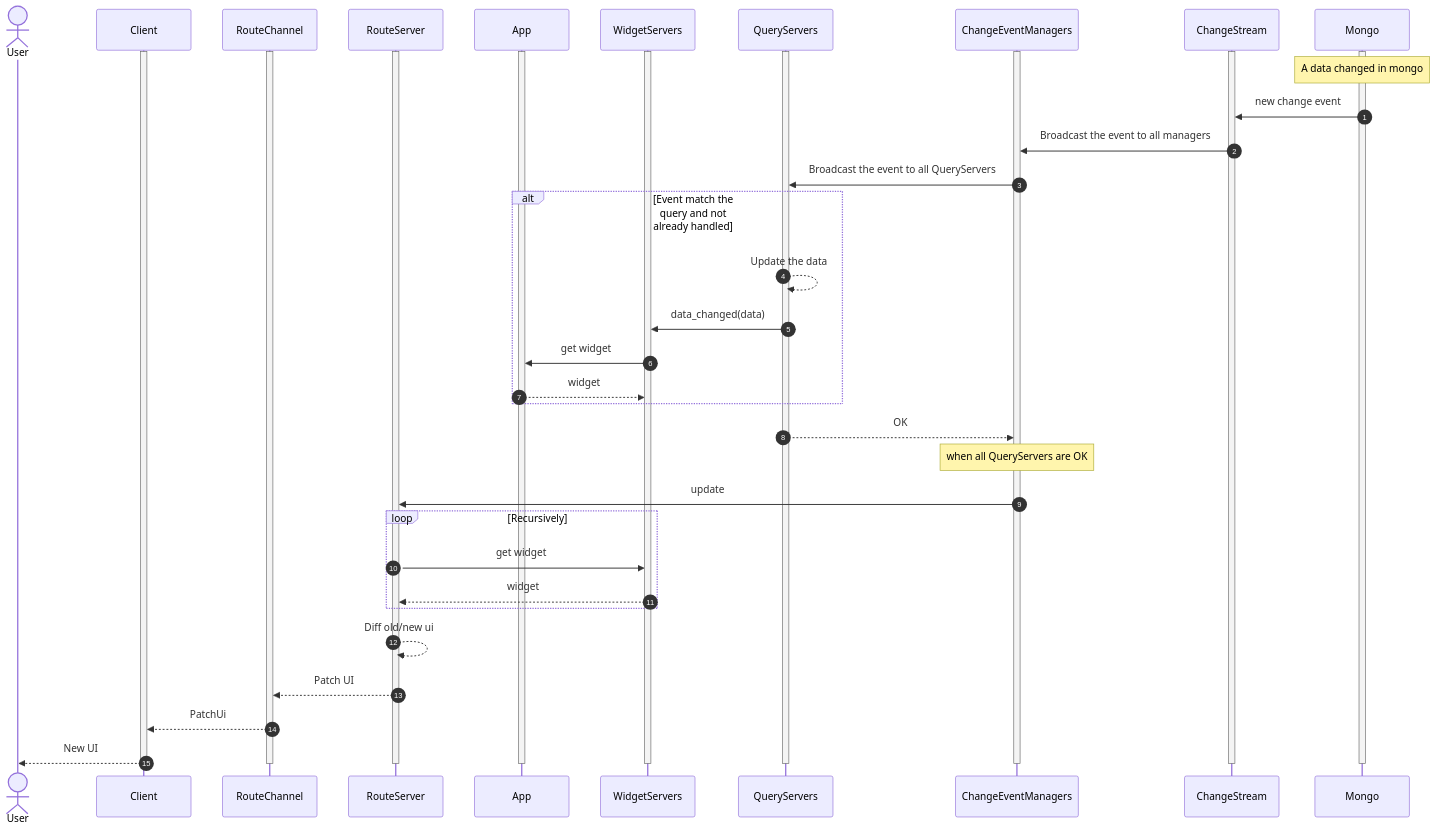
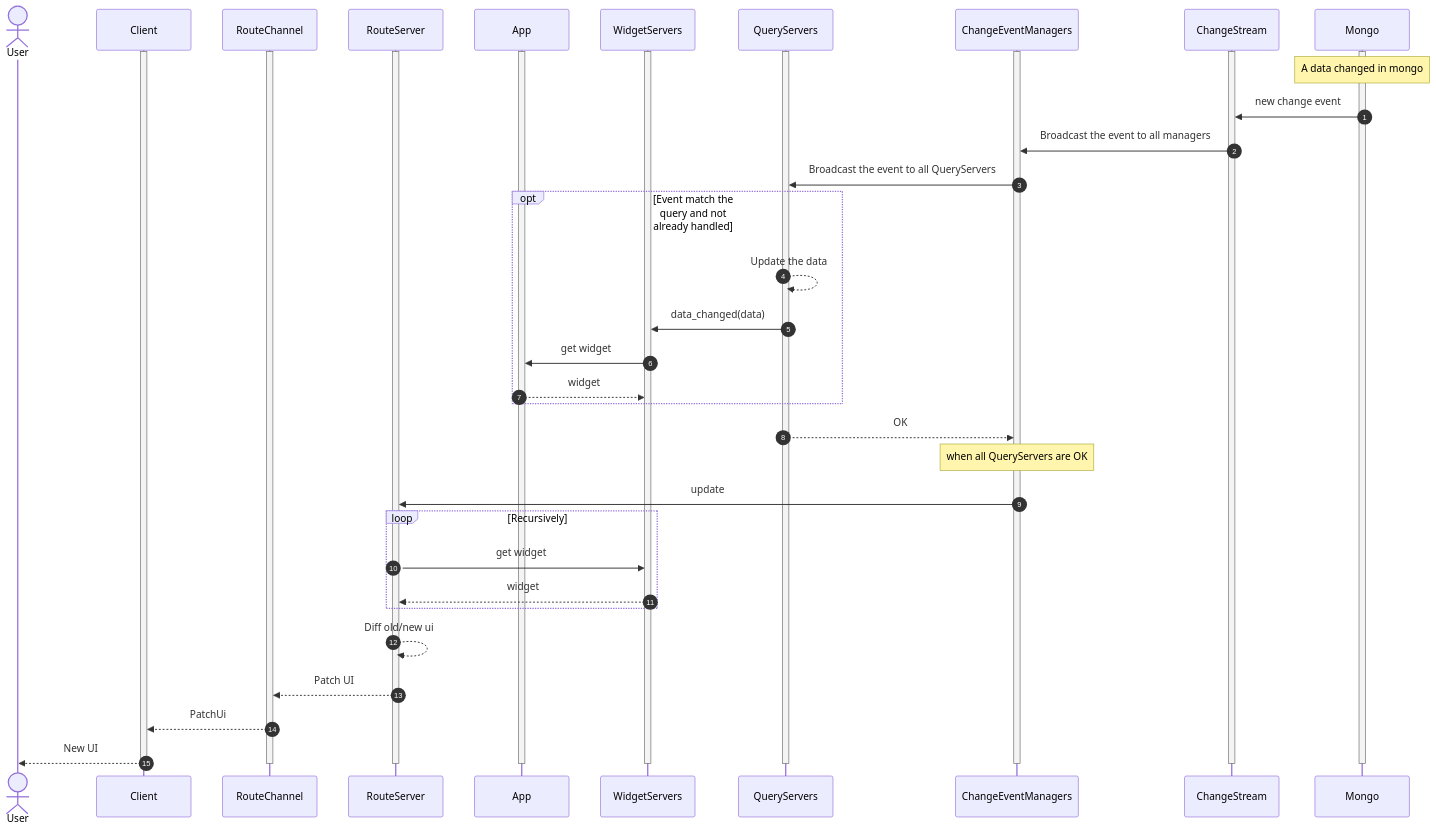
Before and after one commit to lenra-io/application-runner: the fourth of 4 diagrams in docs/AppRunnerExplained.md, drawn with Mermaid. The commit also changed other lines of this file, not shown here.

````diff
--- a/docs/AppRunnerExplained.md
+++ b/docs/AppRunnerExplained.md
@@ -162,56 +175,56 @@
 ```mermaid
 sequenceDiagram
     autonumber
     actor User
     participant Client
     participant RouteChannel
     participant RouteServer
     participant App
     participant WidgetServers
     participant QueryServers
     participant ChangeEventManagers
     participant ChangeStream
     participant Mongo
 
     activate Client
     activate Mongo
     activate ChangeStream
     activate ChangeEventManagers
     activate QueryServers
     activate WidgetServers
     activate RouteServer
     activate RouteChannel
     activate App
 
     Note over Mongo: A data changed in mongo
     Mongo->>ChangeStream: new change event
     ChangeStream->>ChangeEventManagers: Broadcast the event to all managers
     ChangeEventManagers->>QueryServers: Broadcast the event to all QueryServers
-    alt Event match the query and not already handled
+    opt Event match the query and not already handled
         QueryServers-->>QueryServers: Update the data
         QueryServers->>WidgetServers: data_changed(data)
         WidgetServers->>App: get widget
         App-->>WidgetServers: widget
     end
     QueryServers-->>ChangeEventManagers: OK
     Note over ChangeEventManagers: when all QueryServers are OK
     ChangeEventManagers->>RouteServer: update
     loop Recursively
         RouteServer->>WidgetServers: get widget
         WidgetServers-->>RouteServer: widget
     end
     RouteServer-->>RouteServer: Diff old/new ui
     RouteServer-->>RouteChannel: Patch UI
     RouteChannel-->>Client: PatchUi
     Client-->>User: New UI
 
     deactivate Client
     deactivate Mongo
     deactivate ChangeStream
     deactivate ChangeEventManagers
     deactivate QueryServers
     deactivate WidgetServers
     deactivate RouteServer
     deactivate RouteChannel
     deactivate App
 ```
````
